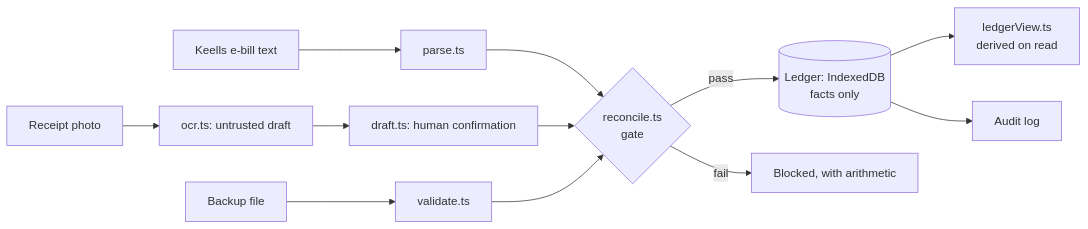
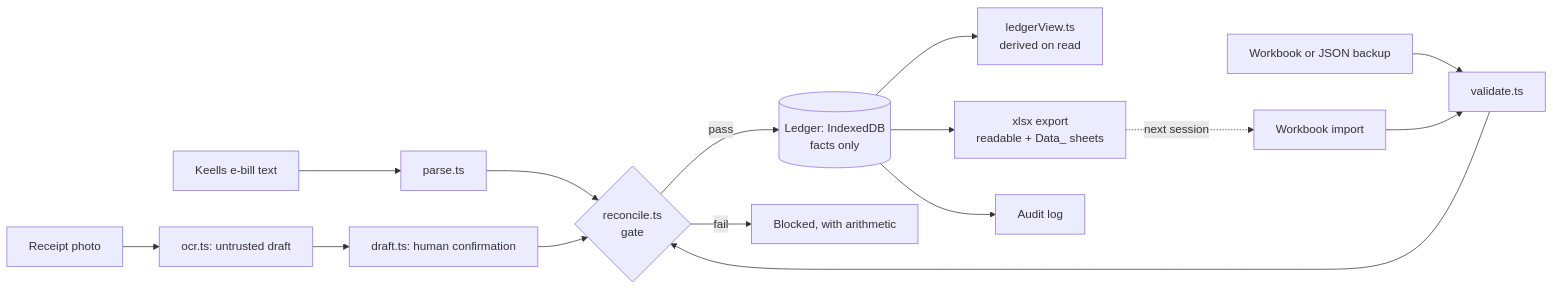
Before and after one commit to harithiduwara/supermarket-bill-analyser: the diagram in README.md, drawn with Mermaid. The commit also changed other lines of this file and 4 other files, not shown here.

````diff
--- a/README.md
+++ b/README.md
@@ -23,12 +35,14 @@
 ```mermaid
 flowchart LR
   A[Keells e-bill text] --> P[parse.ts]
   B[Receipt photo] --> O[ocr.ts: untrusted draft] --> D[draft.ts: human confirmation]
   P --> R{reconcile.ts<br/>gate}
   D --> R
-  F[Backup file] --> V[validate.ts] --> R
+  F[Workbook or JSON backup] --> V[validate.ts] --> R
   R -- pass --> L[(Ledger: IndexedDB<br/>facts only)]
   R -- fail --> X[Blocked, with arithmetic]
   L --> Q[ledgerView.ts<br/>derived on read]
+  L --> W[xlsx export<br/>readable + Data_ sheets]
+  W -. next session .-> F2[Workbook import] --> V
   L --> U[Audit log]
 ```
````
